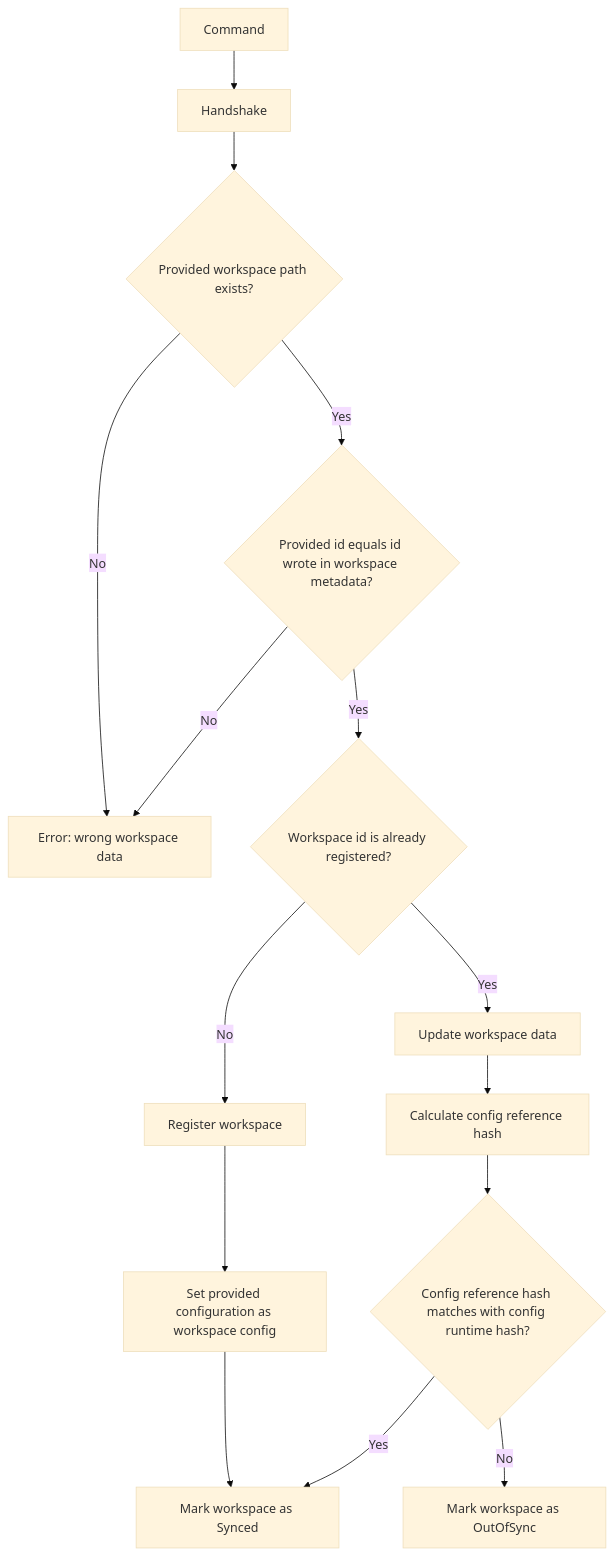
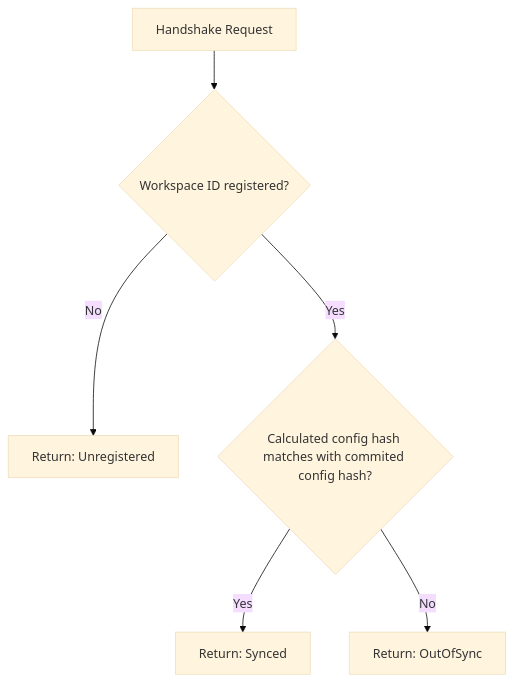
Before and after one commit to kand1ss/knot-ops: the diagram in docs/flows/commands/handshake.md, drawn with Mermaid (base theme). The commit also changed 28 other files, not shown here.

````diff
--- a/docs/flows/commands/handshake.md
+++ b/docs/flows/commands/handshake.md
@@ -1,17 +1,8 @@
 ```mermaid
 flowchart TD
-    A[Command] --> B[Handshake]
-    B --> F{Provided workspace path exists?}
-    F -->|Yes| C{Provided id equals id wrote in workspace metadata?}
-    F -->|No| D[Error: wrong workspace data]
-    C -->|No| D
-    C -->|Yes| E{Workspace id is already registered?}
-    E -->|Yes| J[Update workspace data]
-    E -->|No| G[Register workspace]
-    G --> V[Set provided configuration as workspace config]
-    V --> K[Mark workspace as Synced]
-    H -->|Yes| K
-    J --> L[Calculate config reference hash]
-    L --> H{Config reference hash matches with config runtime hash?}
-    H -->|No| I[Mark workspace as OutOfSync]
+    A[Handshake Request] --> B{Workspace ID registered?}
+    B -->|No| C[Return: Unregistered]
+    B -->|Yes| D{Calculated config hash matches with commited config hash?}
+    D -->|Yes| E[Return: Synced]
+    D -->|No| F[Return: OutOfSync]
 ```
````
